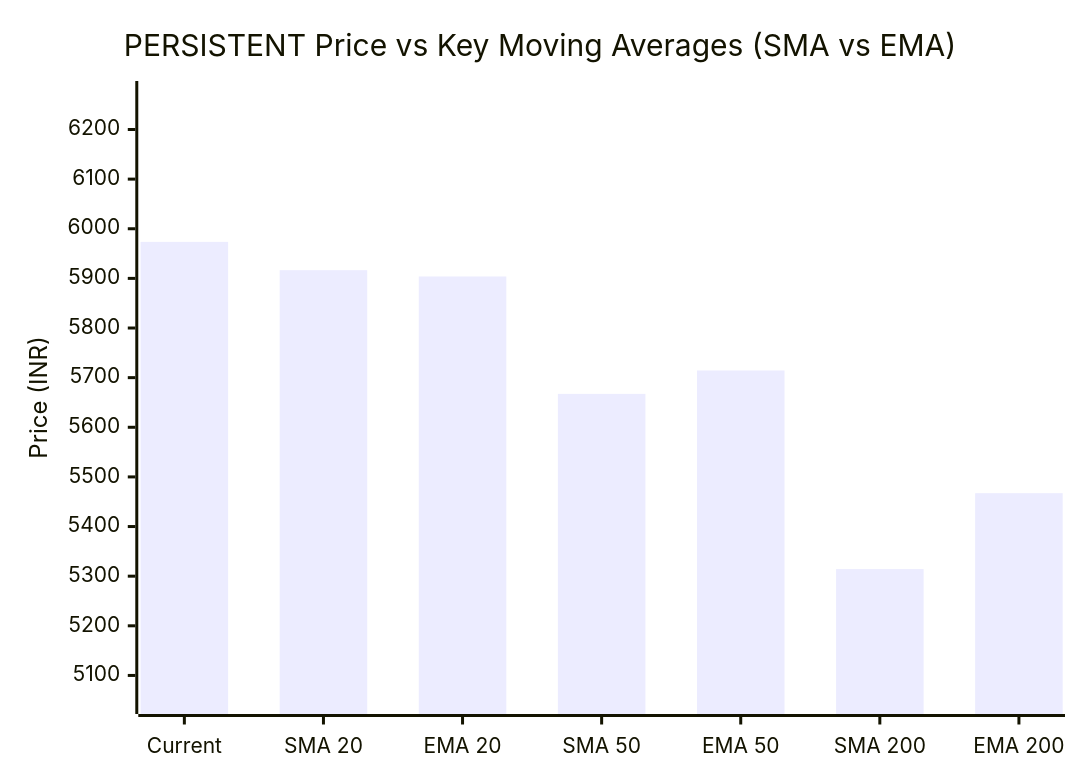
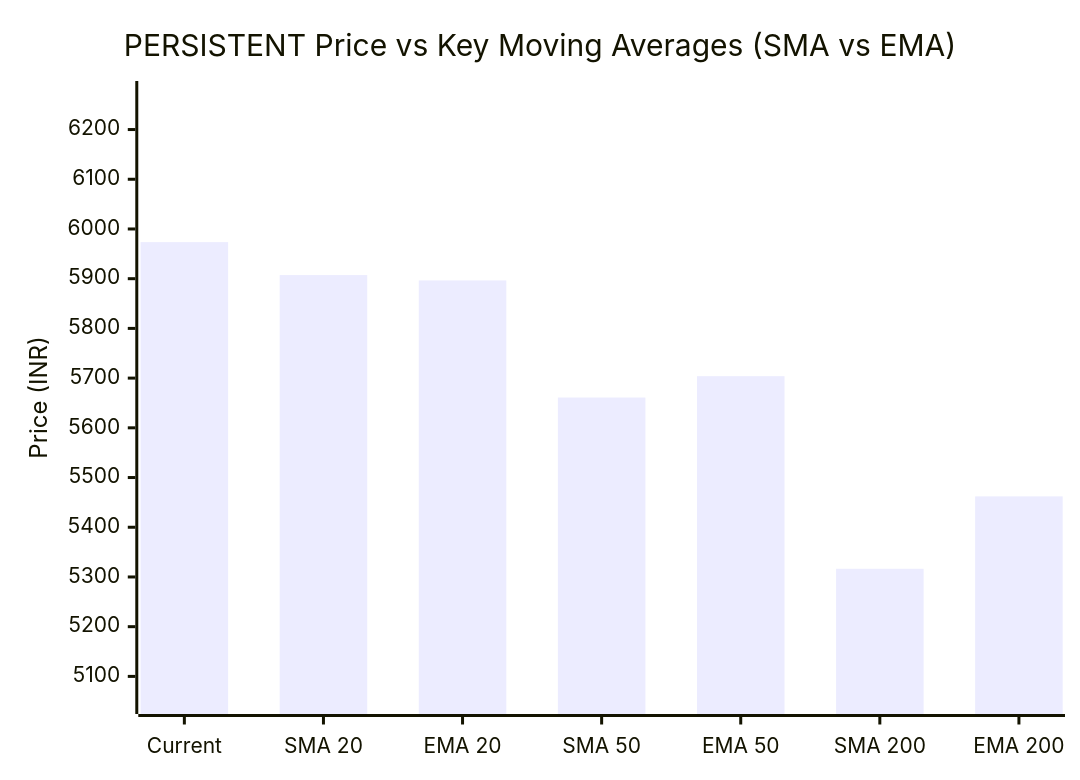
Before and after one commit to purnareddy9/dev: the third of 3 diagrams in market-intelligence/stocks/PERSISTENT/README.md, drawn with Mermaid. The commit also changed other lines of this file and 3 other files, not shown here.

````diff
--- a/market-intelligence/stocks/PERSISTENT/README.md
+++ b/market-intelligence/stocks/PERSISTENT/README.md
@@ -104,7 +104,7 @@
 ```mermaid
 xychart-beta
     title "PERSISTENT Price vs Key Moving Averages (SMA vs EMA)"
     x-axis ["Current", "SMA 20", "EMA 20", "SMA 50", "EMA 50", "SMA 200", "EMA 200"]
-    y-axis "Price (INR)" 5048 --> 6272
-    bar [5973.5, 5916.57, 5903.79, 5667.31, 5714.47, 5314.31, 5467.19]
+    y-axis "Price (INR)" 5050 --> 6272
+    bar [5973.5, 5907.25, 5896.45, 5660.92, 5703.9, 5316.46, 5462.1]
 ```
````
